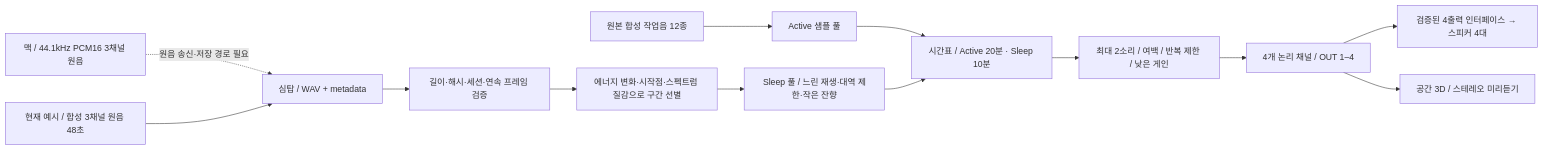
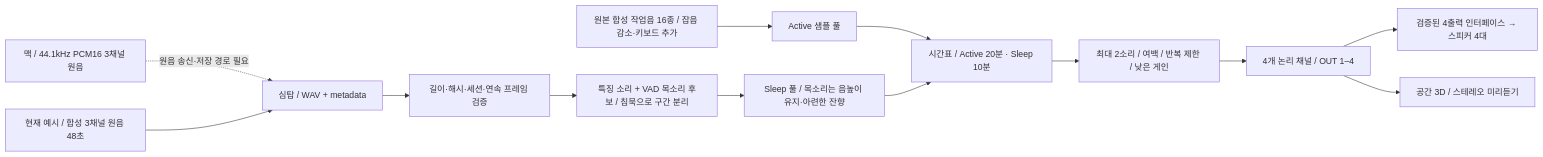
The diagram in docs/TOWER_AUDIO.md (skynot0625/2026_Ripples), drawn with Mermaid before and after one commit. The commit also changed other lines of this file and 56 other files, not shown here.

````diff
--- a/docs/TOWER_AUDIO.md
+++ b/docs/TOWER_AUDIO.md
@@ -9,15 +9,15 @@
 ```mermaid
 flowchart LR
-  W["원본 합성 작업음 12종"] --> A["Active 샘플 풀"]
+  W["원본 합성 작업음 16종 / 잡음 감소·키보드 추가"] --> A["Active 샘플 풀"]
   M["맥 / 44.1kHz PCM16 3채널 원음"] -. "원음 송신·저장 경로 필요" .-> R["심탑 / WAV + metadata"]
   D["현재 예시 / 합성 3채널 원음 48초"] --> R
   R --> V["길이·해시·세션·연속 프레임 검증"]
-  V --> E["에너지 변화·시작점·스펙트럼 질감으로 구간 선별"]
-  E --> S["Sleep 풀 / 느린 재생·대역 제한·작은 잔향"]
+  V --> E["특징 소리 + VAD 목소리 후보 / 침묵으로 구간 분리"]
+  E --> S["Sleep 풀 / 목소리는 음높이 유지·아련한 잔향"]
   A --> P["시간표 / Active 20분 · Sleep 10분"]
   S --> P
   P --> L["최대 2소리 / 여백 / 반복 제한 / 낮은 게인"]
   L --> C["4개 논리 채널 / OUT 1–4"]
   C --> H["검증된 4출력 인터페이스 → 스피커 4대"]
   C --> B["공간 3D / 스테레오 미리듣기"]
 ```
````
